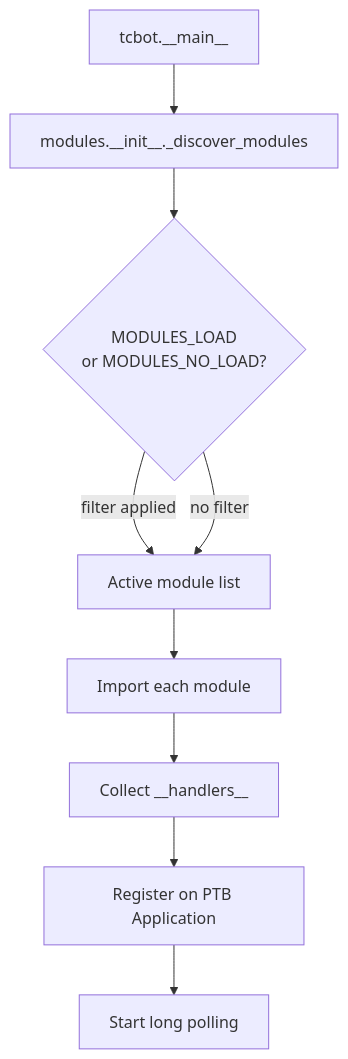
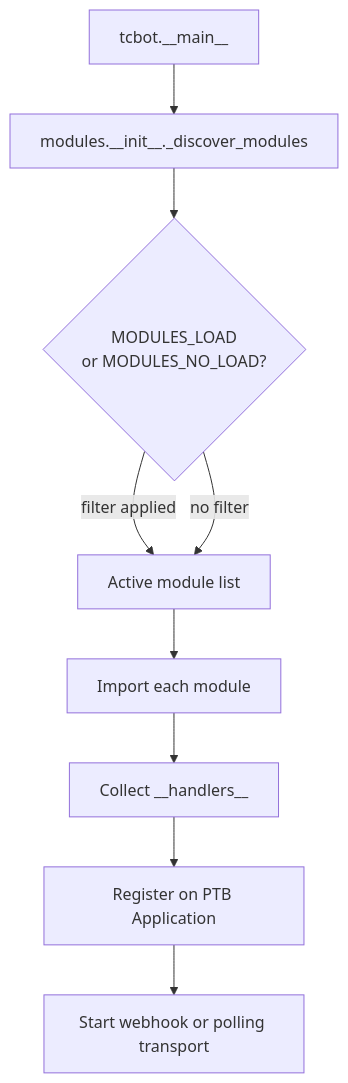
Before and after one commit to D1ZZY4/tcbot: the diagram in docs/modules/modules.md, drawn with Mermaid. The commit also changed 11 other files, not shown here.

````diff
--- a/docs/modules/modules.md
+++ b/docs/modules/modules.md
@@ -11,11 +11,11 @@
 ```mermaid
 flowchart TD
     Start[tcbot.__main__] --> Discover[modules.__init__._discover_modules]
     Discover --> Filter{MODULES_LOAD<br/>or MODULES_NO_LOAD?}
     Filter -->|filter applied| Active[Active module list]
     Filter -->|no filter| Active
     Active --> Import[Import each module]
     Import --> Collect[Collect __handlers__]
     Collect --> Register[Register on PTB Application]
-    Register --> Polling[Start long polling]
+    Register --> Transport[Start webhook or polling transport]
 ```
````
